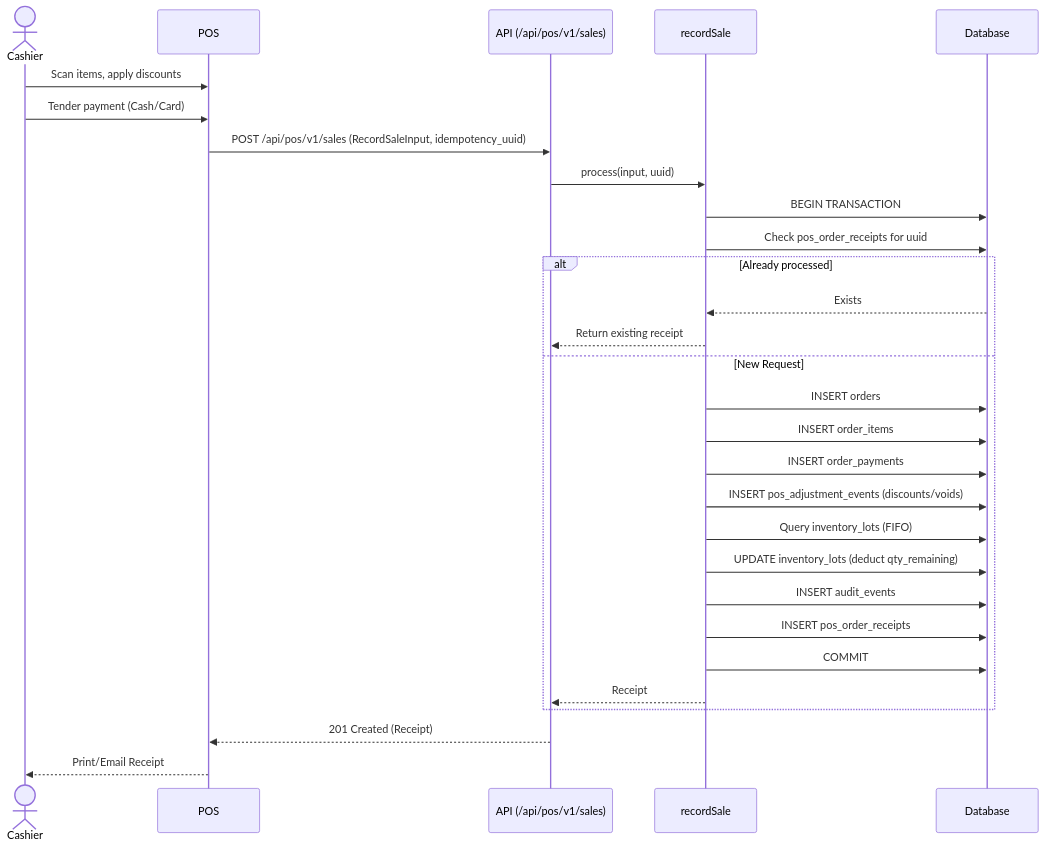
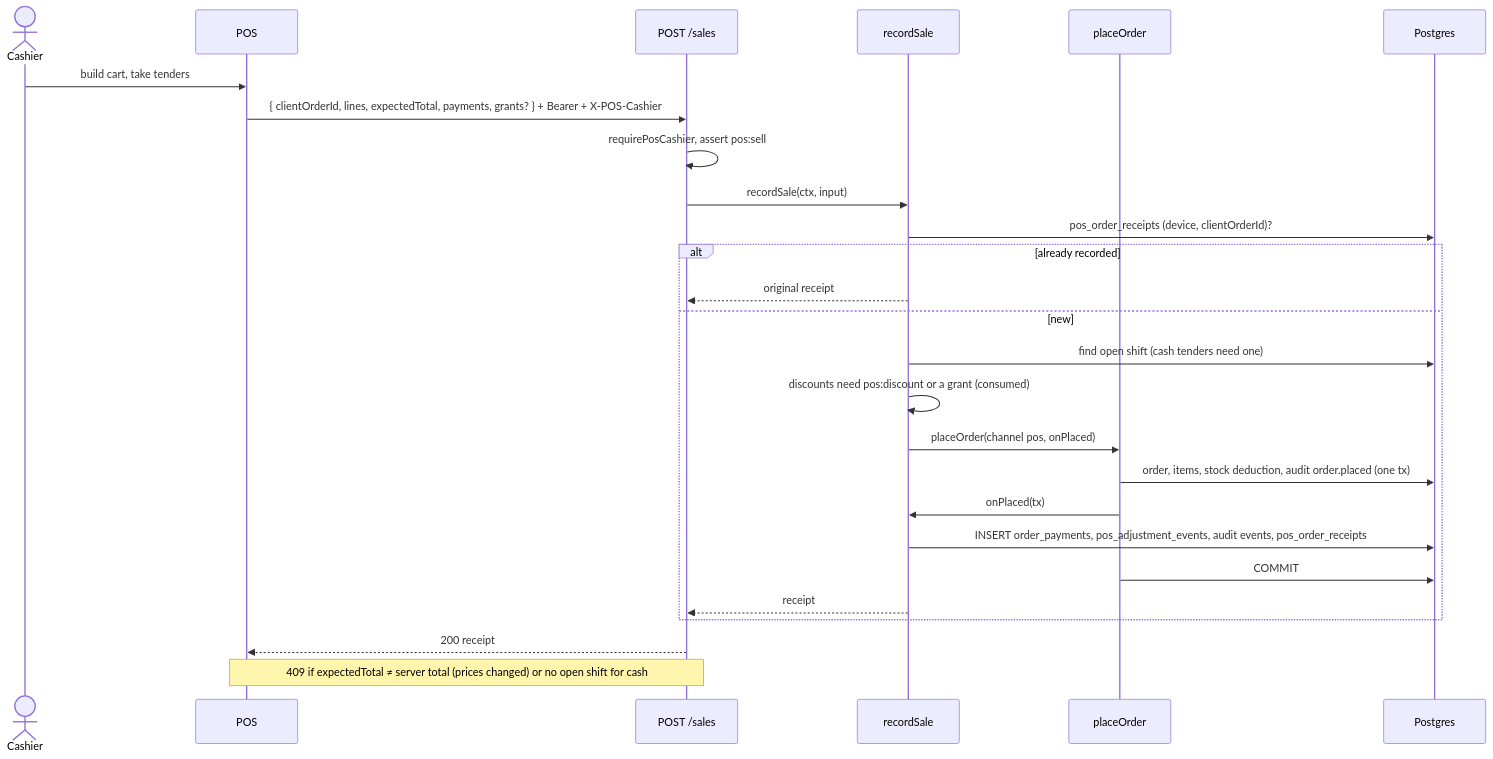
Before and after one commit to Ai-NativeLab/ServeOs: the third of 10 diagrams in docs/flows/sequence-diagrams.md, drawn with Mermaid. The commit also changed other lines of this file and 1 other file, not shown here.

First line of the commit message:
docs(flows): rewrite sequence diagrams and state machines from the code

````diff
--- a/docs/flows/sequence-diagrams.md
+++ b/docs/flows/sequence-diagrams.md
@@ -101,40 +87,29 @@
 ```mermaid
 sequenceDiagram
     actor Cashier
     participant POS
-    participant Server as API (/api/pos/v1/sales)
-    participant Svc as recordSale
-    participant DB as Database
+    participant API as POST /sales
+    participant RS as recordSale
+    participant PO as placeOrder
+    participant DB as Postgres
 
-    Cashier->>POS: Scan items, apply discounts
-    Cashier->>POS: Tender payment (Cash/Card)
-    POS->>Server: POST /api/pos/v1/sales (RecordSaleInput, idempotency_uuid)
-    
-    Server->>Svc: process(input, uuid)
-    
-    Svc->>DB: BEGIN TRANSACTION
-    Svc->>DB: Check pos_order_receipts for uuid
-    alt Already processed
-        DB-->>Svc: Exists
-        Svc-->>Server: Return existing receipt
-    else New Request
-        Svc->>DB: INSERT orders
-        Svc->>DB: INSERT order_items
-        Svc->>DB: INSERT order_payments
-        Svc->>DB: INSERT pos_adjustment_events (discounts/voids)
-        
-        %% Inventory deduction
-        Svc->>DB: Query inventory_lots (FIFO)
-        Svc->>DB: UPDATE inventory_lots (deduct qty_remaining)
-        
-        Svc->>DB: INSERT audit_events
-        Svc->>DB: INSERT pos_order_receipts
-        
-        Svc->>DB: COMMIT
-        
-        Svc-->>Server: Receipt
+    Cashier->>POS: build cart, take tenders
+    POS->>API: { clientOrderId, lines, expectedTotal, payments, grants? } + Bearer + X-POS-Cashier
+    API->>API: requirePosCashier, assert pos:sell
+    API->>RS: recordSale(ctx, input)
+    RS->>DB: pos_order_receipts (device, clientOrderId)?
+    alt already recorded
+        RS-->>API: original receipt
+    else new
+        RS->>DB: find open shift (cash tenders need one)
+        RS->>RS: discounts need pos:discount or a grant (consumed)
+        RS->>PO: placeOrder(channel pos, onPlaced)
+        PO->>DB: order, items, stock deduction, audit order.placed (one tx)
+        PO->>RS: onPlaced(tx)
+        RS->>DB: INSERT order_payments, pos_adjustment_events, audit events, pos_order_receipts
+        PO->>DB: COMMIT
+        RS-->>API: receipt
     end
-    
-    Server-->>POS: 201 Created (Receipt)
-    POS-->>Cashier: Print/Email Receipt
+    API-->>POS: 200 receipt
+    Note over API,POS: 409 if expectedTotal ≠ server total (prices changed) or no open shift for cash
 ```
````
